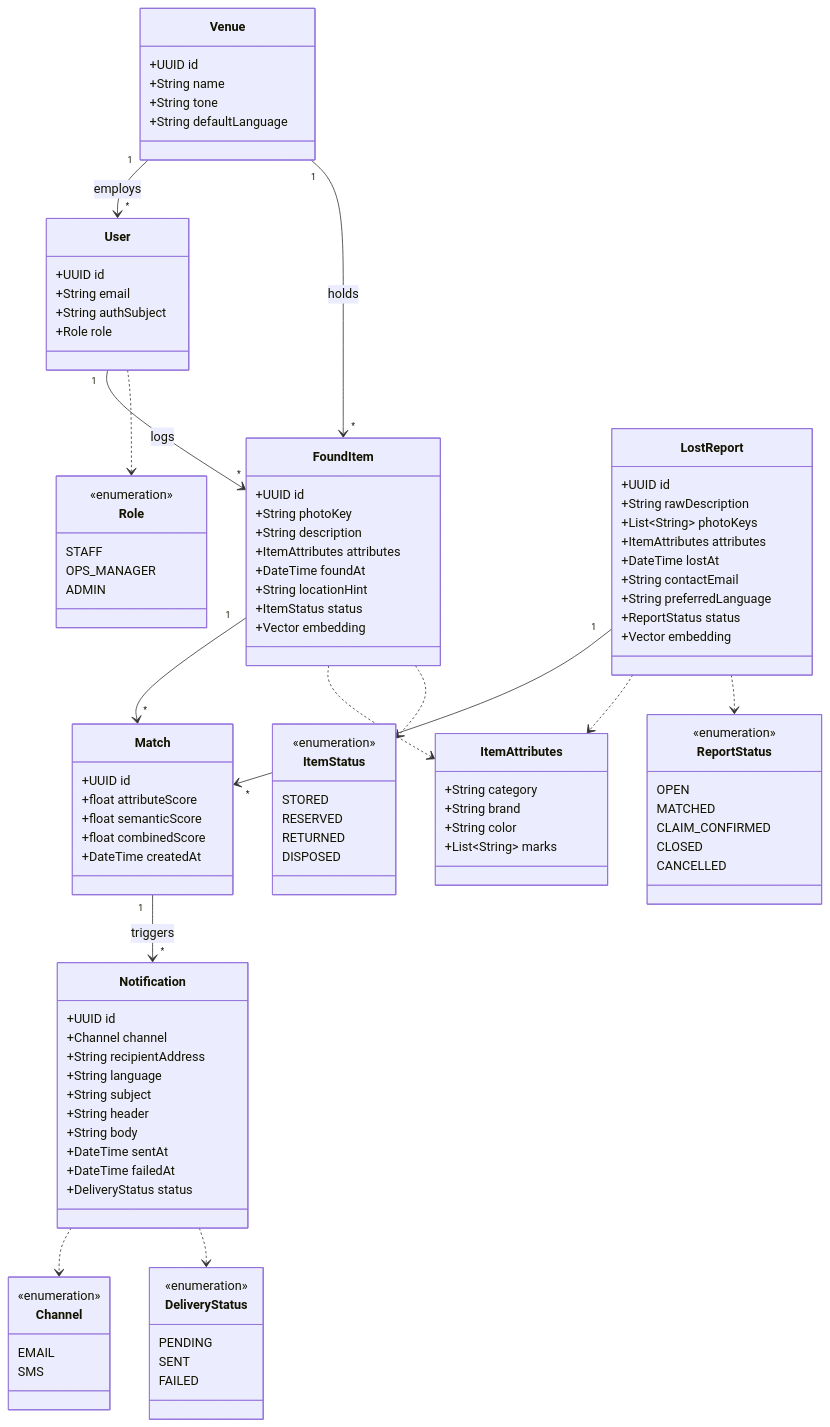
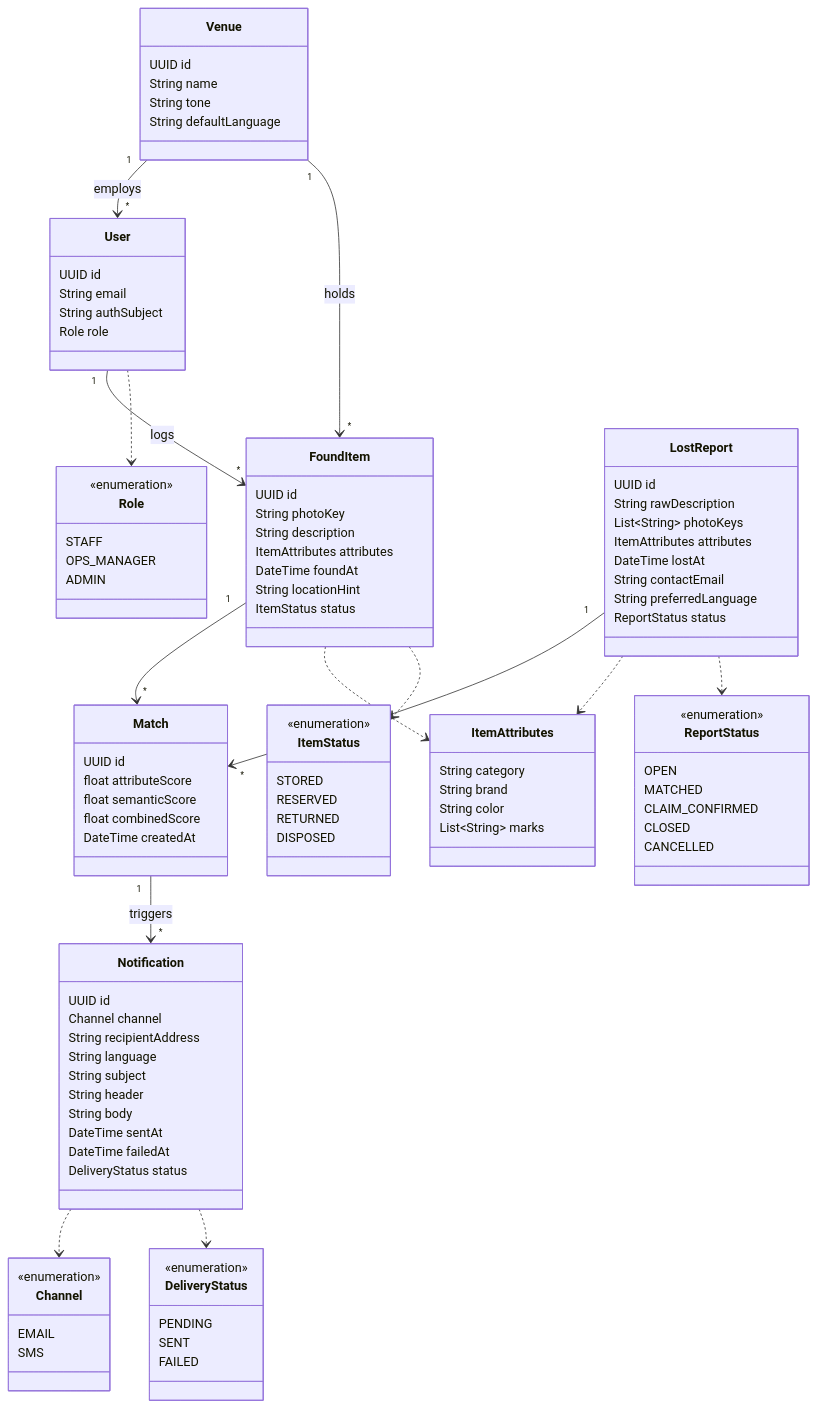
The first of 2 diagrams in docs/architecture.md (AET-DevOps26/team-chaos-monkeys), drawn with Mermaid before and after one commit.

Commit message:
Simplify analysis object model notation

````diff
--- a/docs/architecture.md
+++ b/docs/architecture.md
@@ -103,16 +103,16 @@
 ```mermaid
 classDiagram
     class Venue {
-      +UUID id
-      +String name
-      +String tone
-      +String defaultLanguage
+      UUID id
+      String name
+      String tone
+      String defaultLanguage
     }
     class User {
-      +UUID id
-      +String email
-      +String authSubject
-      +Role role
+      UUID id
+      String email
+      String authSubject
+      Role role
     }
     class Role {
       <<enumeration>>
@@ -121,14 +121,13 @@
       ADMIN
     }
     class FoundItem {
-      +UUID id
-      +String photoKey
-      +String description
-      +ItemAttributes attributes
-      +DateTime foundAt
-      +String locationHint
-      +ItemStatus status
-      +Vector embedding
+      UUID id
+      String photoKey
+      String description
+      ItemAttributes attributes
+      DateTime foundAt
+      String locationHint
+      ItemStatus status
     }
     class ItemStatus {
       <<enumeration>>
@@ -138,15 +137,14 @@
       DISPOSED
     }
     class LostReport {
-      +UUID id
-      +String rawDescription
-      +List~String~ photoKeys
-      +ItemAttributes attributes
-      +DateTime lostAt
-      +String contactEmail
-      +String preferredLanguage
-      +ReportStatus status
-      +Vector embedding
+      UUID id
+      String rawDescription
+      List~String~ photoKeys
+      ItemAttributes attributes
+      DateTime lostAt
+      String contactEmail
+      String preferredLanguage
+      ReportStatus status
     }
     class ReportStatus {
       <<enumeration>>
@@ -157,23 +155,23 @@
       CANCELLED
     }
     class Match {
-      +UUID id
-      +float attributeScore
-      +float semanticScore
-      +float combinedScore
-      +DateTime createdAt
+      UUID id
+      float attributeScore
+      float semanticScore
+      float combinedScore
+      DateTime createdAt
     }
     class Notification {
-      +UUID id
-      +Channel channel
-      +String recipientAddress
-      +String language
-      +String subject
-      +String header
-      +String body
-      +DateTime sentAt
-      +DateTime failedAt
-      +DeliveryStatus status
+      UUID id
+      Channel channel
+      String recipientAddress
+      String language
+      String subject
+      String header
+      String body
+      DateTime sentAt
+      DateTime failedAt
+      DeliveryStatus status
     }
     class Channel {
       <<enumeration>>
@@ -187,10 +185,10 @@
       FAILED
     }
     class ItemAttributes {
-      +String category
-      +String brand
-      +String color
-      +List~String~ marks
+      String category
+      String brand
+      String color
+      List~String~ marks
     }
 
     Venue "1" --> "*" User : employs
````
